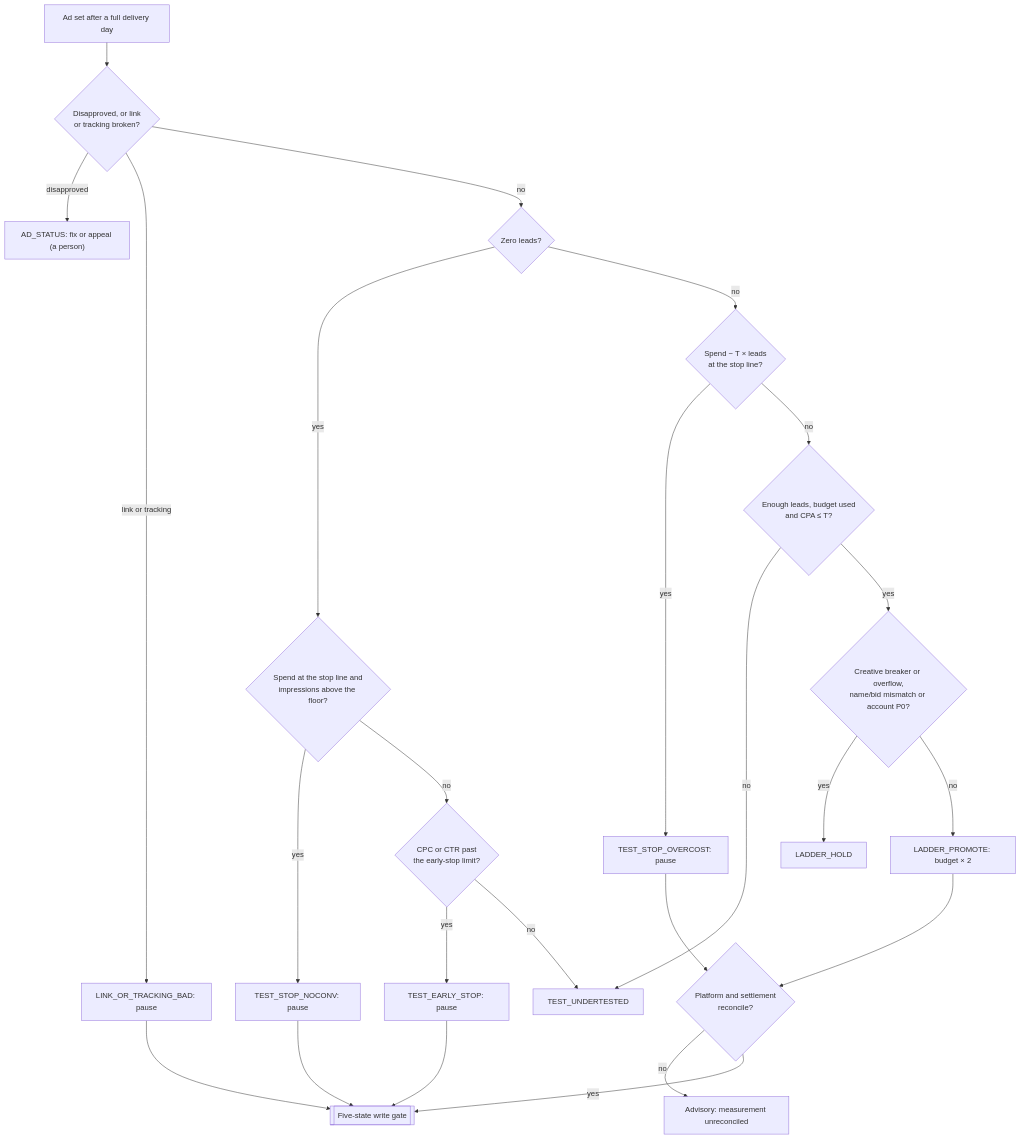
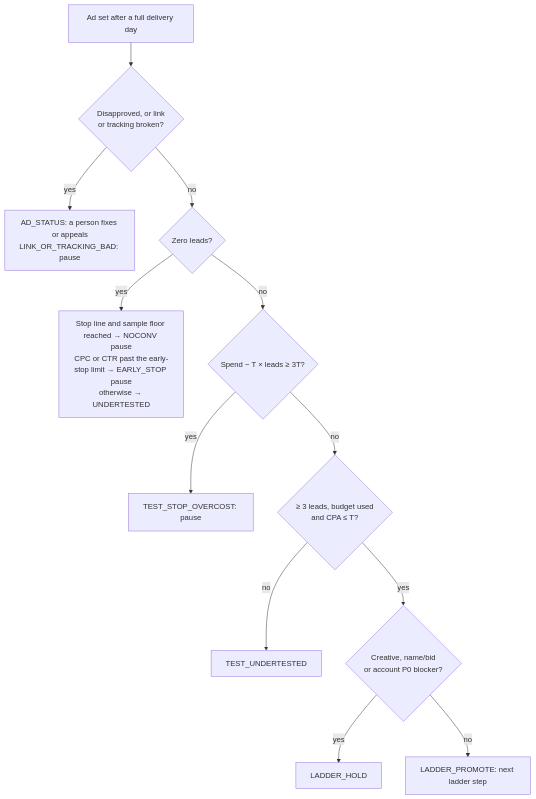
Before and after one commit to creator2000212-crypto/ad-ops-agent: the first of 2 diagrams in README.md, drawn with Mermaid. The commit also changed other lines of this file and 77 other files, not shown here.

````diff
--- a/README.md
+++ b/README.md
@@ -61,23 +63,14 @@
 ```mermaid
 flowchart TD
     A["Ad set after a full delivery day"] --> D{"Disapproved, or link<br/>or tracking broken?"}
-    D -- disapproved --> AD["AD_STATUS: fix or appeal (a person)"]
-    D -- link or tracking --> LT["LINK_OR_TRACKING_BAD: pause"]
+    D -- yes --> X["AD_STATUS: a person fixes or appeals<br/>LINK_OR_TRACKING_BAD: pause"]
     D -- no --> Z{"Zero leads?"}
-    Z -- yes --> N{"Spend at the stop line and<br/>impressions above the floor?"}
-    N -- yes --> NC["TEST_STOP_NOCONV: pause"]
-    N -- no --> E{"CPC or CTR past<br/>the early-stop limit?"}
-    E -- yes --> ES["TEST_EARLY_STOP: pause"]
-    E -- no --> U["TEST_UNDERTESTED"]
-    Z -- no --> O{"Spend − T × leads<br/>at the stop line?"}
+    Z -- yes --> ZR["Stop line and sample floor reached → NOCONV pause<br/>CPC or CTR past the early-stop limit → EARLY_STOP pause<br/>otherwise → UNDERTESTED"]
+    Z -- no --> O{"Spend − T × leads ≥ 3T?"}
     O -- yes --> OC["TEST_STOP_OVERCOST: pause"]
-    O -- no --> P{"Enough leads, budget used<br/>and CPA ≤ T?"}
-    P -- no --> U
-    P -- yes --> B{"Creative breaker or overflow,<br/>name/bid mismatch or account P0?"}
+    O -- no --> P{"≥ 3 leads, budget used<br/>and CPA ≤ T?"}
+    P -- no --> U["TEST_UNDERTESTED"]
+    P -- yes --> B{"Creative, name/bid<br/>or account P0 blocker?"}
     B -- yes --> H["LADDER_HOLD"]
-    B -- no --> PR["LADDER_PROMOTE: budget × 2"]
-    PR & OC --> S{"Platform and settlement<br/>reconcile?"}
-    S -- no --> ADV["Advisory: measurement unreconciled"]
-    S -- yes --> G[["Five-state write gate"]]
-    NC & ES & LT --> G
+    B -- no --> PR["LADDER_PROMOTE: next ladder step"]
 ```
````
